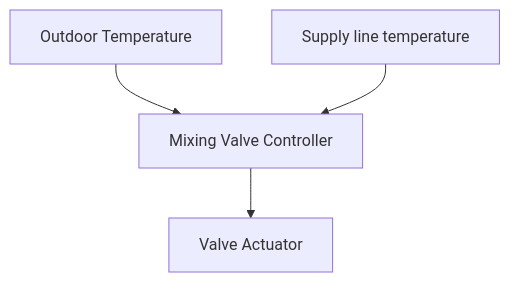
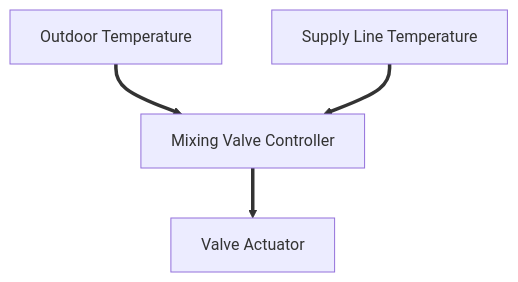
The diagram in README.md (jnasholm/mvc-pwm), drawn with Mermaid before and after one commit.

````diff
--- a/README.md
+++ b/README.md
@@ -79,6 +54,6 @@
 ```mermaid
 flowchart TD
-    A[Outdoor Temperature]-->B[Mixing Valve Controller]
-    C[Supply line temperature]-->B
-    B-->D[Valve Actuator]
+    A[Outdoor Temperature]==>B[Mixing Valve Controller]
+    C[Supply Line Temperature]==>B
+    B==>D[Valve Actuator]
 ```
````
